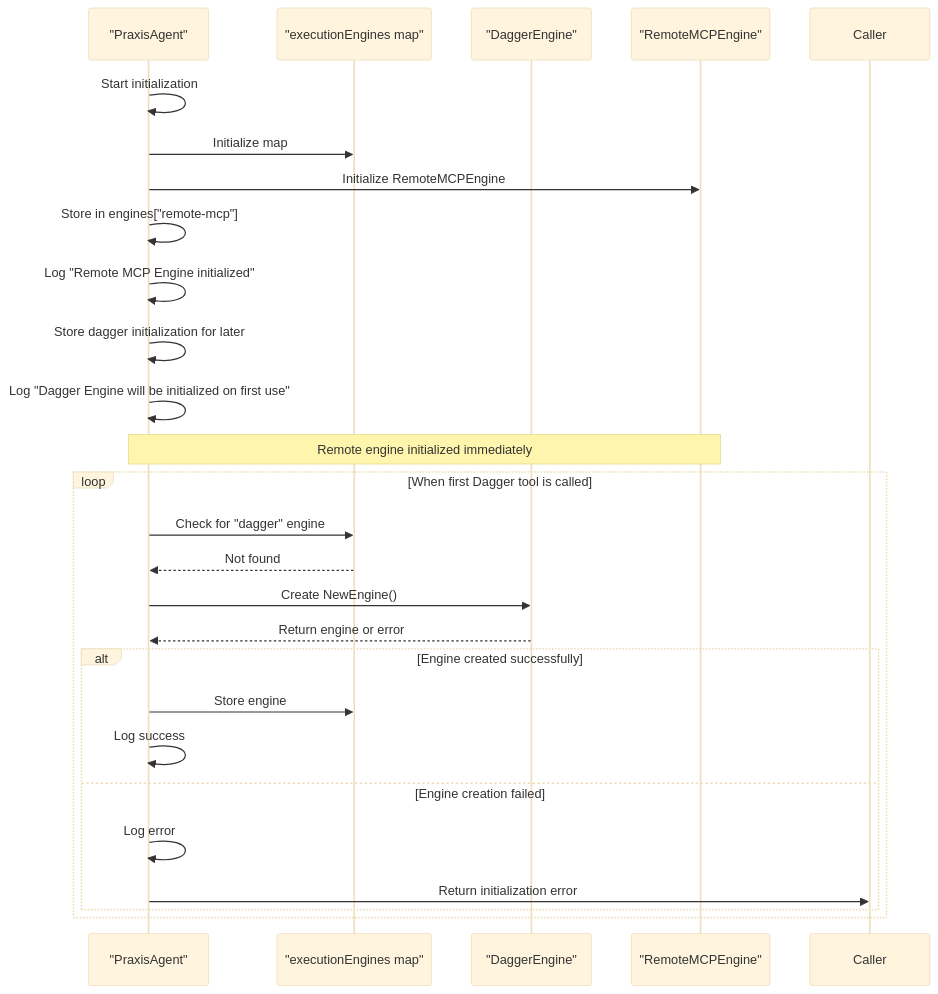
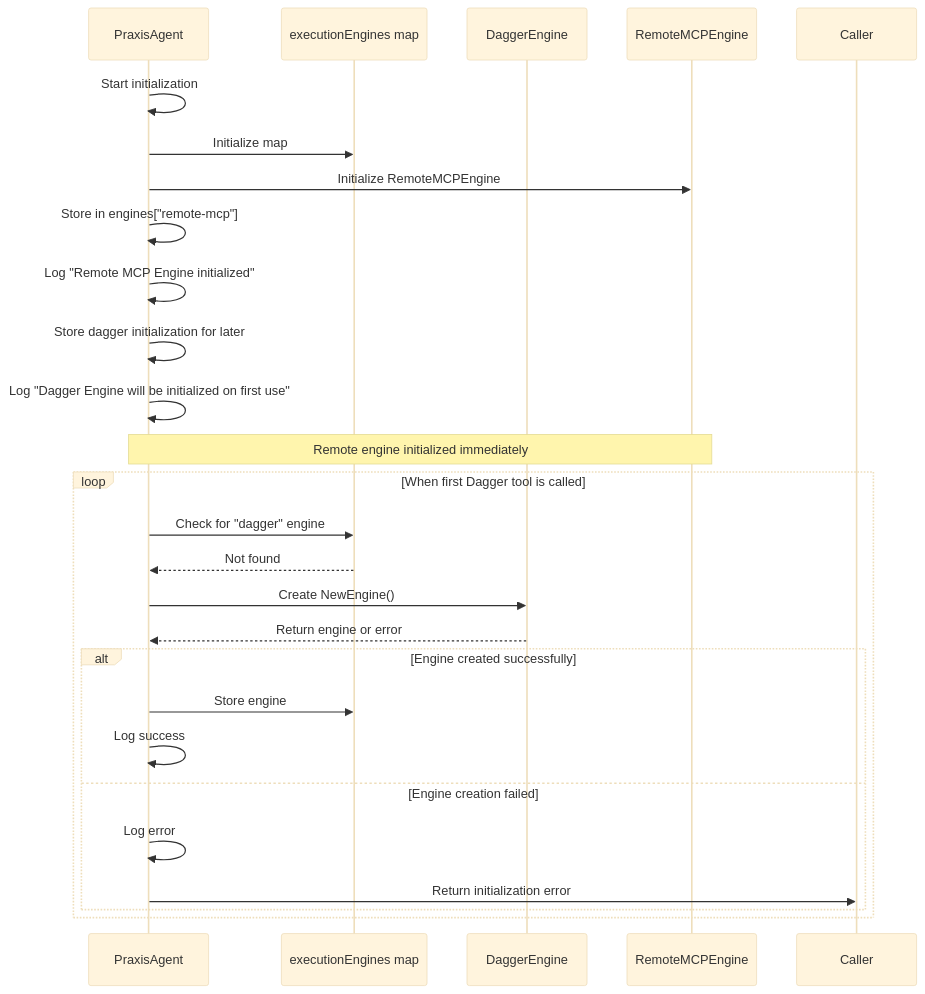
One commit to prxs-ai/praxis-go-sdk changed the third of 5 diagrams in docs/Agent Configuration.md. Above: the diagram before and after it, drawn with Mermaid (base theme). The commit also changed other lines of this file and 33 other files, not shown here.

````diff
--- a/docs/Agent Configuration.md
+++ b/docs/Agent Configuration.md
@@ -231,28 +231,28 @@
 ```mermaid
 sequenceDiagram
-participant Agent as "PraxisAgent"
-participant Engines as "executionEngines map"
-participant Dagger as "DaggerEngine"
-participant Remote as "RemoteMCPEngine"
-Agent->>Agent : Start initialization
-Agent->>Engines : Initialize map
-Agent->>Remote : Initialize RemoteMCPEngine
-Agent->>Agent : Store in engines["remote-mcp"]
-Agent->>Agent : Log "Remote MCP Engine initialized"
-Agent->>Agent : Store dagger initialization for later
-Agent->>Agent : Log "Dagger Engine will be initialized on first use"
-Note over Agent,Remote : Remote engine initialized immediately
+participant Agent as PraxisAgent
+participant Engines as executionEngines map
+participant Dagger as DaggerEngine
+participant Remote as RemoteMCPEngine
+Agent->>Agent: Start initialization
+Agent->>Engines: Initialize map
+Agent->>Remote: Initialize RemoteMCPEngine
+Agent->>Agent: Store in engines["remote-mcp"]
+Agent->>Agent: Log "Remote MCP Engine initialized"
+Agent->>Agent: Store dagger initialization for later
+Agent->>Agent: Log "Dagger Engine will be initialized on first use"
+Note over Agent,Remote: Remote engine initialized immediately
 loop When first Dagger tool is called
-Agent->>Engines : Check for "dagger" engine
-Engines-->>Agent : Not found
-Agent->>Dagger : Create NewEngine()
-Dagger-->>Agent : Return engine or error
+Agent->>Engines: Check for "dagger" engine
+Engines-->>Agent: Not found
+Agent->>Dagger: Create NewEngine()
+Dagger-->>Agent: Return engine or error
 alt Engine created successfully
-Agent->>Engines : Store engine
-Agent->>Agent : Log success
+Agent->>Engines: Store engine
+Agent->>Agent: Log success
 else Engine creation failed
-Agent->>Agent : Log error
-Agent->>Caller : Return initialization error
+Agent->>Agent: Log error
+Agent->>Caller: Return initialization error
 end
 end
 ```
````
